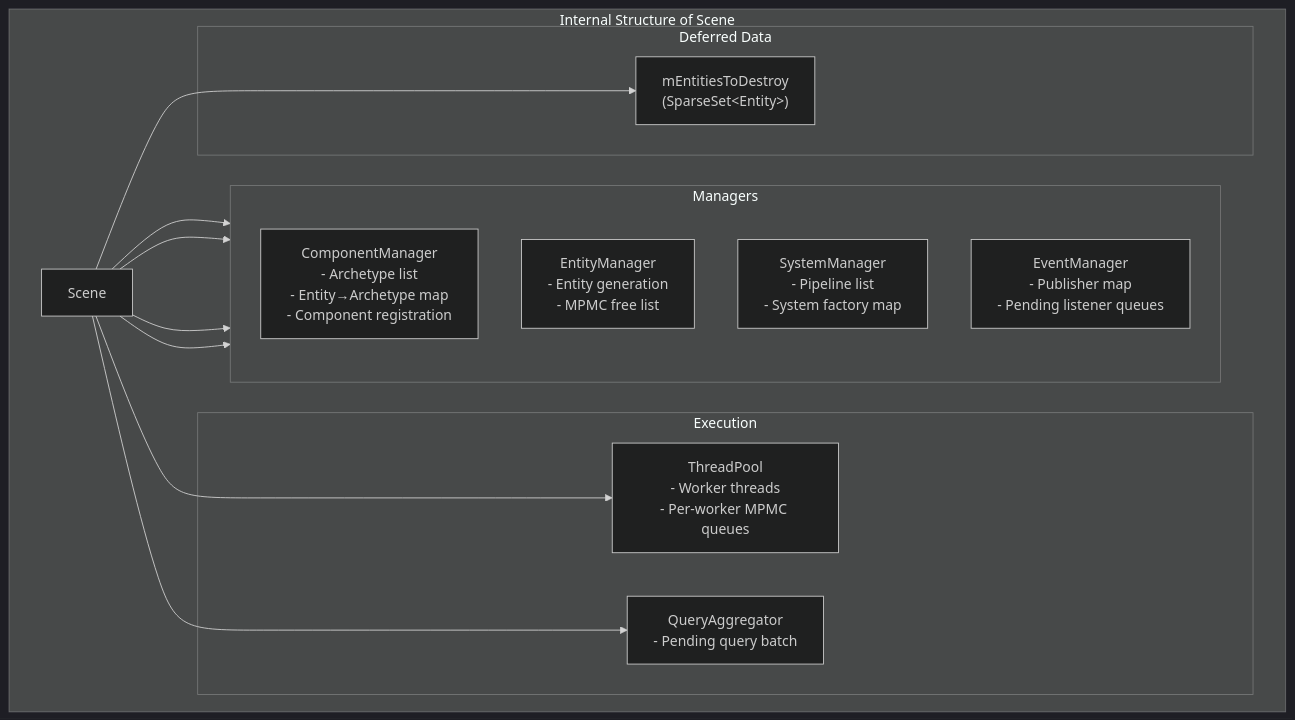
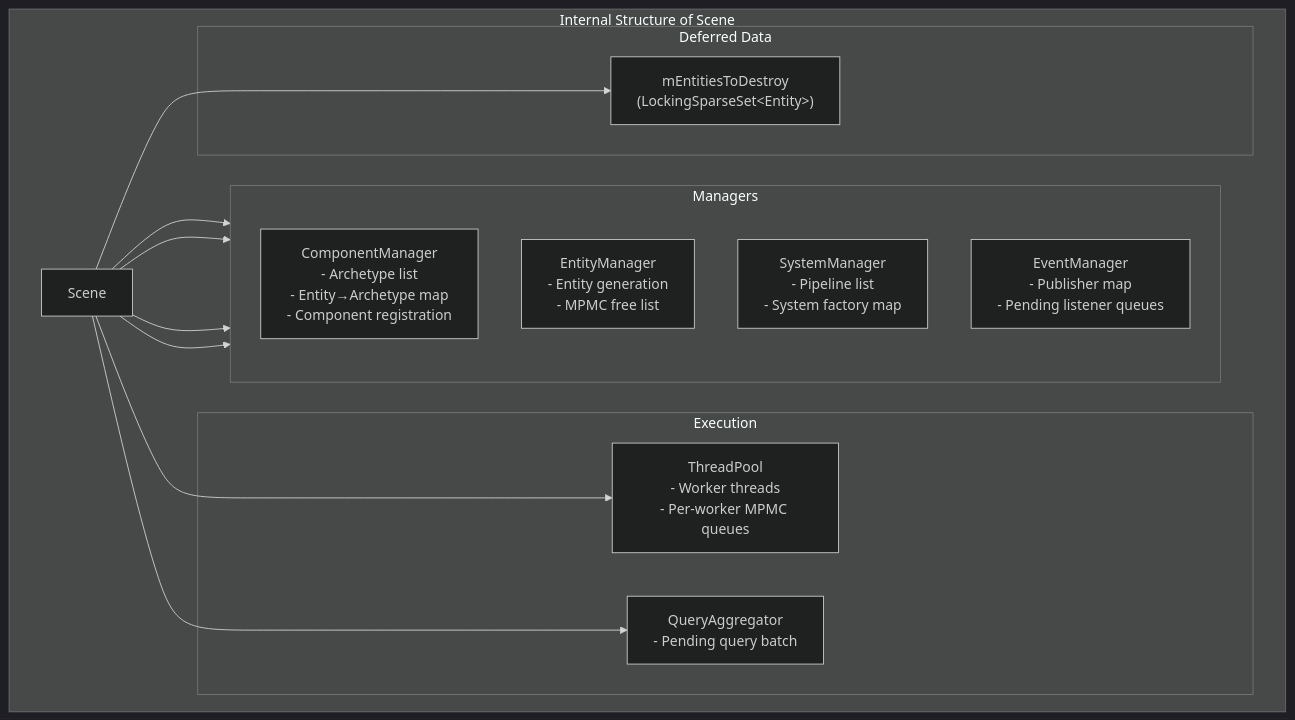
Before and after one commit to gilmar-sales/Freyr: the second of 5 diagrams in docs/concepts/architecture.md, drawn with Mermaid (dark theme). The commit also changed other lines of this file and 14 other files, not shown here.

Commit message:
refactor(containers): separate locking and non-locking sparse set implementations

````diff
--- a/docs/concepts/architecture.md
+++ b/docs/concepts/architecture.md
@@ -62,32 +62,32 @@
 ```mermaid
 graph TB
     subgraph SceneInternals["Internal Structure of Scene"]
         SC["Scene"]
         
         subgraph Managers["Managers"]
             direction TB
             CM["ComponentManager<br/>- Archetype list<br/>- Entity→Archetype map<br/>- Component registration"]
             EM["EntityManager<br/>- Entity generation<br/>- MPMC free list"]
             SM["SystemManager<br/>- Pipeline list<br/>- System factory map"]
             EVM["EventManager<br/>- Publisher map<br/>- Pending listener queues"]
         end
 
         subgraph Exec["Execution"]
             TP["ThreadPool<br/>- Worker threads<br/>- Per-worker MPMC queues"]
             QA["QueryAggregator<br/>- Pending query batch"]
         end
 
         subgraph Data["Deferred Data"]
-            DT["mEntitiesToDestroy<br/>(SparseSet&lt;Entity&gt;)"]
+            DT["mEntitiesToDestroy<br/>(LockingSparseSet&lt;Entity&gt;)"]
         end
 
         SC --> CM
         SC --> EM
         SC --> SM
         SC --> EVM
         SC --> TP
         SC --> QA
         SC --> DT
     end
 
 ```
````
